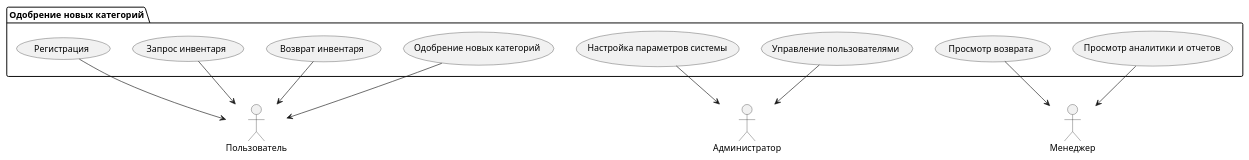
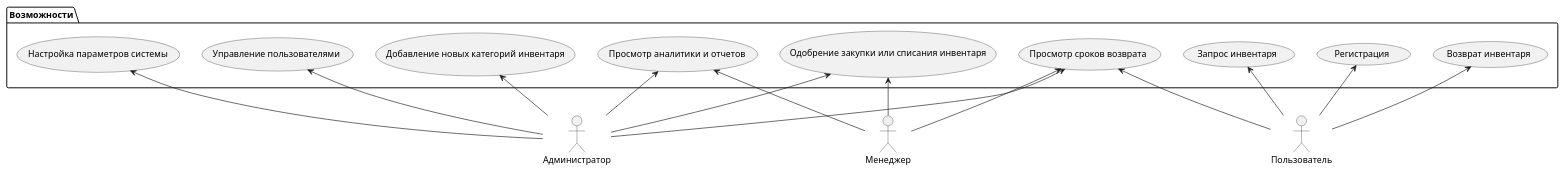
One commit to Hellish13/gitExample changed the diagram in use_case_diagram.puml. Above: the diagram before and after it, drawn with PlantUML.

```diff
--- a/use_case_diagram.puml
+++ b/use_case_diagram.puml
@@ -2,28 +2,34 @@
 @startuml
 skinparam monochrome true
 
 actor "Пользователь" as User
 actor "Администратор" as Admin
 actor "Менеджер" as Manager
 
-package "Одобрение новых категорий" {
-  usecase "Одобрение новых категорий" as UC1
+package "Возможности" {
+  usecase "Добавление новых категорий инвентаря" as UC1
   usecase "Управление пользователями" as UC2
   usecase "Запрос инвентаря" as UC3
   usecase "Настройка параметров системы" as UC4
   usecase "Просмотр аналитики и отчетов" as UC5
-  usecase "Просмотр возврата" as UC6
+  usecase "Просмотр сроков возврата" as UC6
   usecase "Возврат инвентаря" as UC7
   usecase "Регистрация" as UC8
+  usecase "Одобрение закупки или списания инвентаря" as UC9
 }
 
-UC1 --> User
-UC2 --> Admin
-UC3 --> User
-UC4 --> Admin
-UC5 --> Manager
-UC6 --> Manager
-UC7 --> User
-UC8 --> User
+UC1 <-- Admin
+UC2 <-- Admin
+UC3 <-- User
+UC4 <-- Admin
+UC5 <-- Manager
+UC5 <-- Admin
+UC6 <-- Manager
+UC6 <-- User
+UC6 <-- Admin
+UC7 <-- User
+UC8 <-- User
+UC9 <-- Admin
+UC9 <-- Manager
 
 @enduml
```
